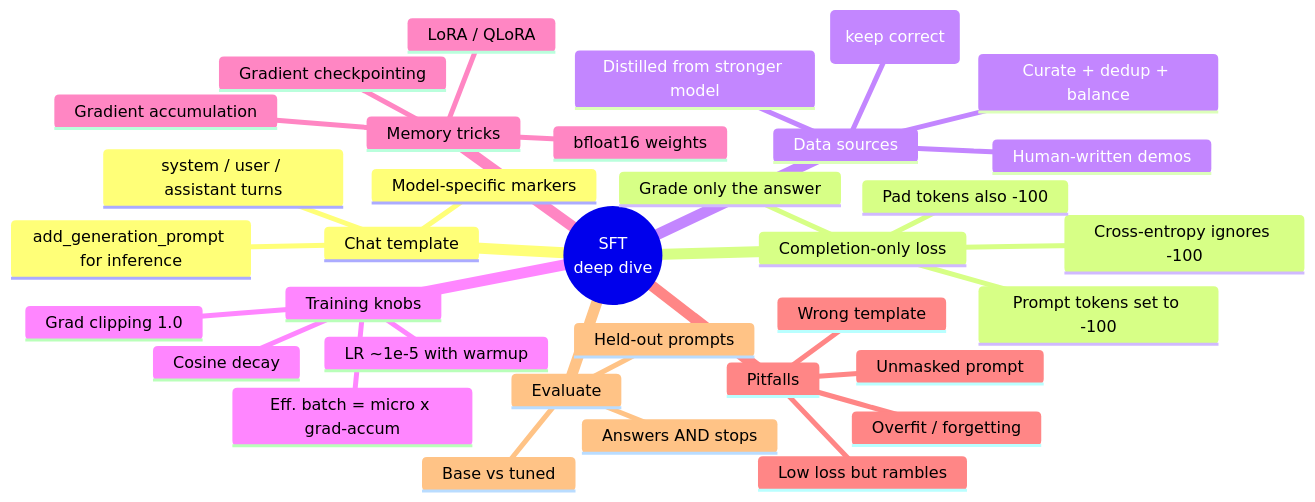
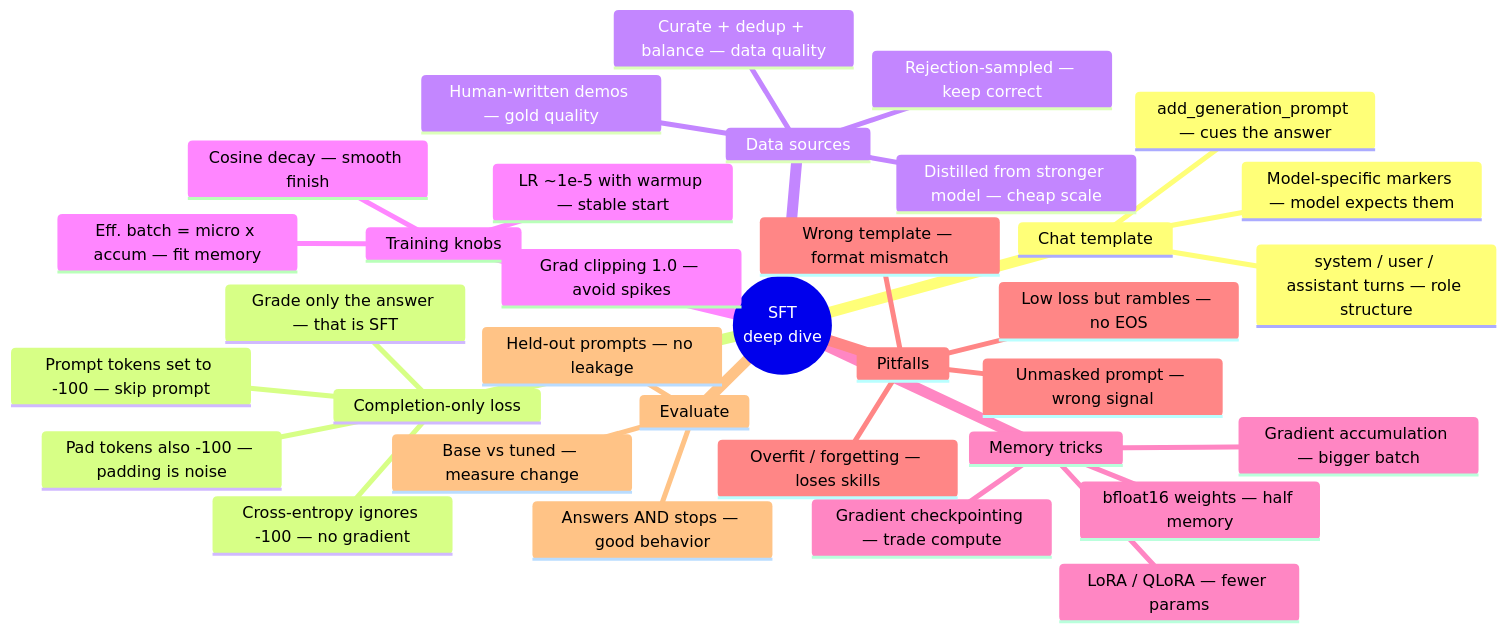
One commit to Raghavan1988/posttraining-dl changed the fourth of 5 diagrams in SFT_concepts_diagram.md. Above: the diagram before and after it, drawn with Mermaid. The commit also changed other lines of this file, not shown here.

Commit message:
Add short why-reason to each mindmap node

````diff
--- a/SFT_concepts_diagram.md
+++ b/SFT_concepts_diagram.md
@@ -89,37 +89,37 @@
 ```mermaid
 mindmap
   root((SFT<br/>deep dive))
     Chat template
-      system / user / assistant turns
-      Model-specific markers
-      add_generation_prompt for inference
+      system / user / assistant turns — role structure
+      Model-specific markers — model expects them
+      add_generation_prompt — cues the answer
     Completion-only loss
-      Prompt tokens set to -100
-      Cross-entropy ignores -100
-      Grade only the answer
-      Pad tokens also -100
+      Prompt tokens set to -100 — skip prompt
+      Cross-entropy ignores -100 — no gradient
+      Grade only the answer — that is SFT
+      Pad tokens also -100 — padding is noise
     Data sources
-      Human-written demos
-      Distilled from stronger model
-      Rejection-sampled (keep correct)
-      Curate + dedup + balance
+      Human-written demos — gold quality
+      Distilled from stronger model — cheap scale
+      Rejection-sampled — keep correct
+      Curate + dedup + balance — data quality
     Training knobs
-      LR ~1e-5 with warmup
-      Cosine decay
-      Eff. batch = micro x grad-accum
-      Grad clipping 1.0
+      LR ~1e-5 with warmup — stable start
+      Cosine decay — smooth finish
+      Eff. batch = micro x accum — fit memory
+      Grad clipping 1.0 — avoid spikes
     Memory tricks
-      bfloat16 weights
-      Gradient checkpointing
-      Gradient accumulation
-      LoRA / QLoRA
+      bfloat16 weights — half memory
+      Gradient checkpointing — trade compute
+      Gradient accumulation — bigger batch
+      LoRA / QLoRA — fewer params
     Pitfalls
-      Unmasked prompt
-      Wrong template
-      Overfit / forgetting
-      Low loss but rambles
+      Unmasked prompt — wrong signal
+      Wrong template — format mismatch
+      Overfit / forgetting — loses skills
+      Low loss but rambles — no EOS
     Evaluate
-      Base vs tuned
-      Answers AND stops
-      Held-out prompts
+      Base vs tuned — measure change
+      Answers AND stops — good behavior
+      Held-out prompts — no leakage
 ```
````
